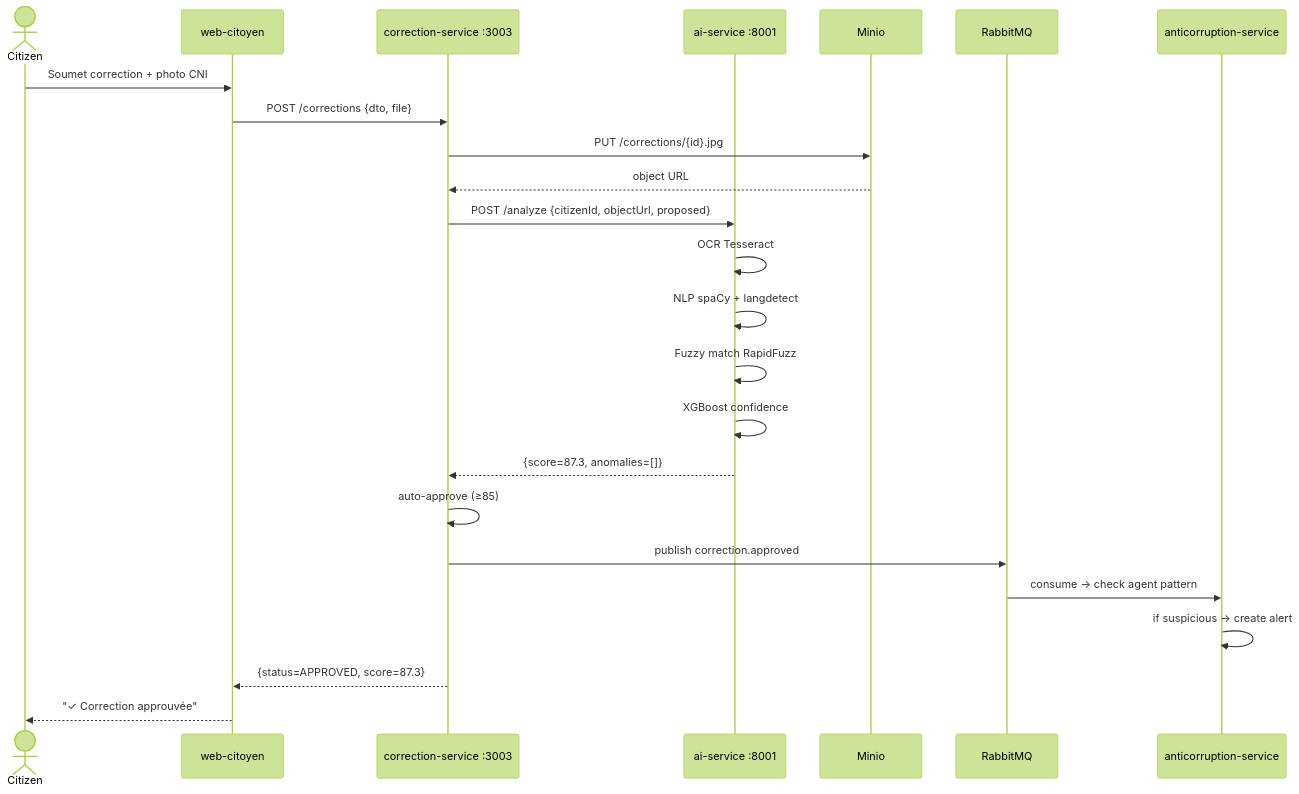
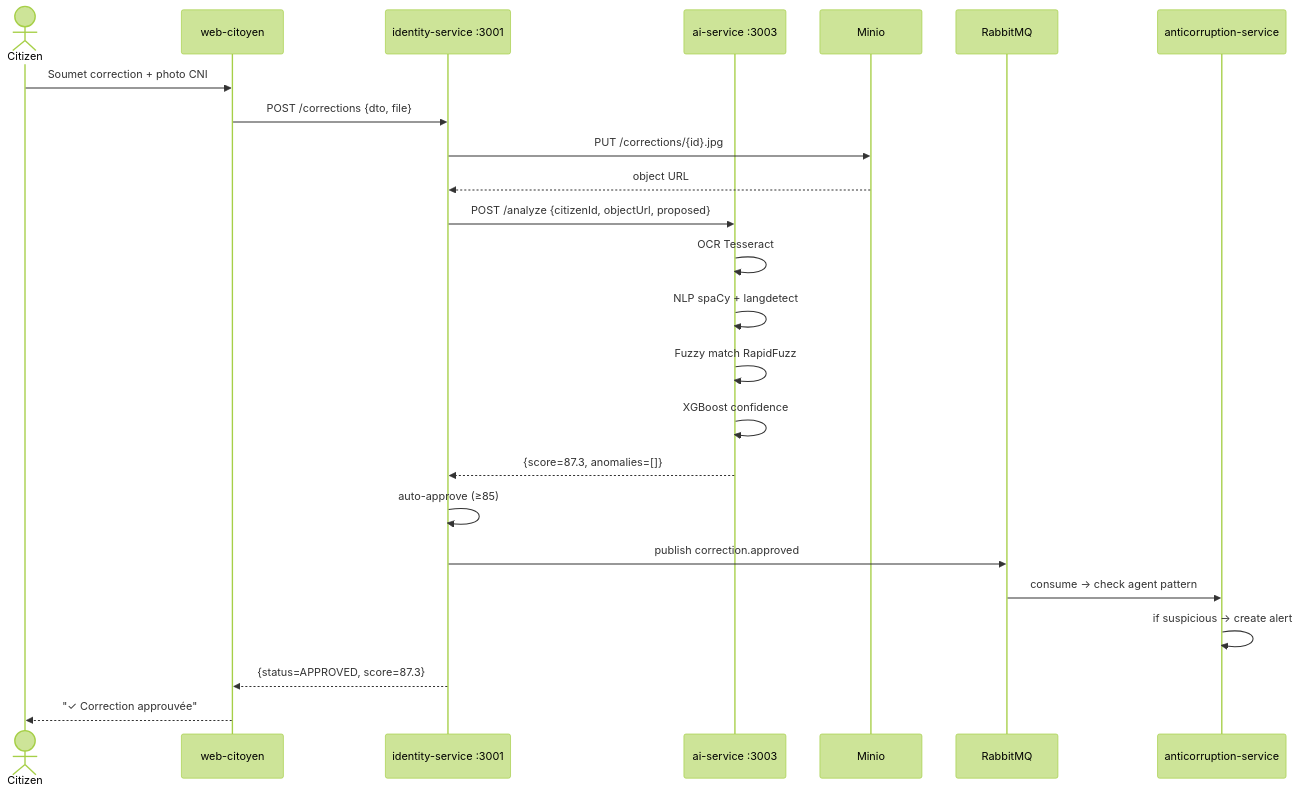
One commit to TheManInPink/Session-Ete-2026 changed diagram 27 of 40 in docs/diagrams/99-DIAGRAMMES-MERMAID.md. Above: the diagram before and after it, drawn with Mermaid (forest theme). The commit also changed other lines of this file and 1 other file, not shown here.

First line of the commit message:
docs: redessiner le diagramme d architecture globale sur l inventaire réel (14 services)

````diff
--- a/docs/diagrams/99-DIAGRAMMES-MERMAID.md
+++ b/docs/diagrams/99-DIAGRAMMES-MERMAID.md
@@ -1240,27 +1249,27 @@
 ```mermaid
 sequenceDiagram
     actor Citizen
     participant Web as web-citoyen
-    participant Corr as correction-service :3003
-    participant AI as ai-service :8001
+    participant Corr as identity-service :3001
+    participant AI as ai-service :3003
     participant Minio
     participant MQ as RabbitMQ
     participant AntiC as anticorruption-service
 
     Citizen->>Web: Soumet correction + photo CNI
     Web->>Corr: POST /corrections {dto, file}
     Corr->>Minio: PUT /corrections/{id}.jpg
     Minio-->>Corr: object URL
     Corr->>AI: POST /analyze {citizenId, objectUrl, proposed}
     AI->>AI: OCR Tesseract
     AI->>AI: NLP spaCy + langdetect
     AI->>AI: Fuzzy match RapidFuzz
     AI->>AI: XGBoost confidence
     AI-->>Corr: {score=87.3, anomalies=[]}
     Corr->>Corr: auto-approve (≥85)
     Corr->>MQ: publish correction.approved
     MQ->>AntiC: consume → check agent pattern
     AntiC->>AntiC: if suspicious → create alert
     Corr-->>Web: {status=APPROVED, score=87.3}
     Web-->>Citizen: "✓ Correction approuvée"
 ```
````
